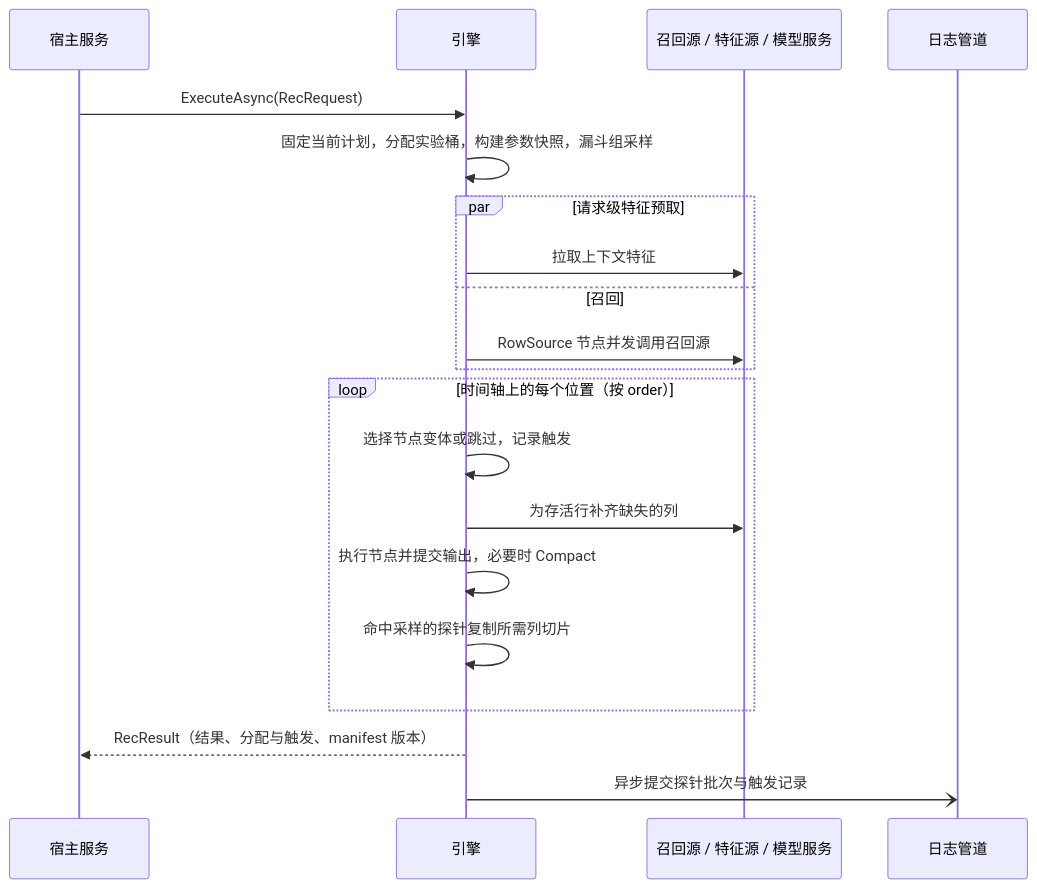
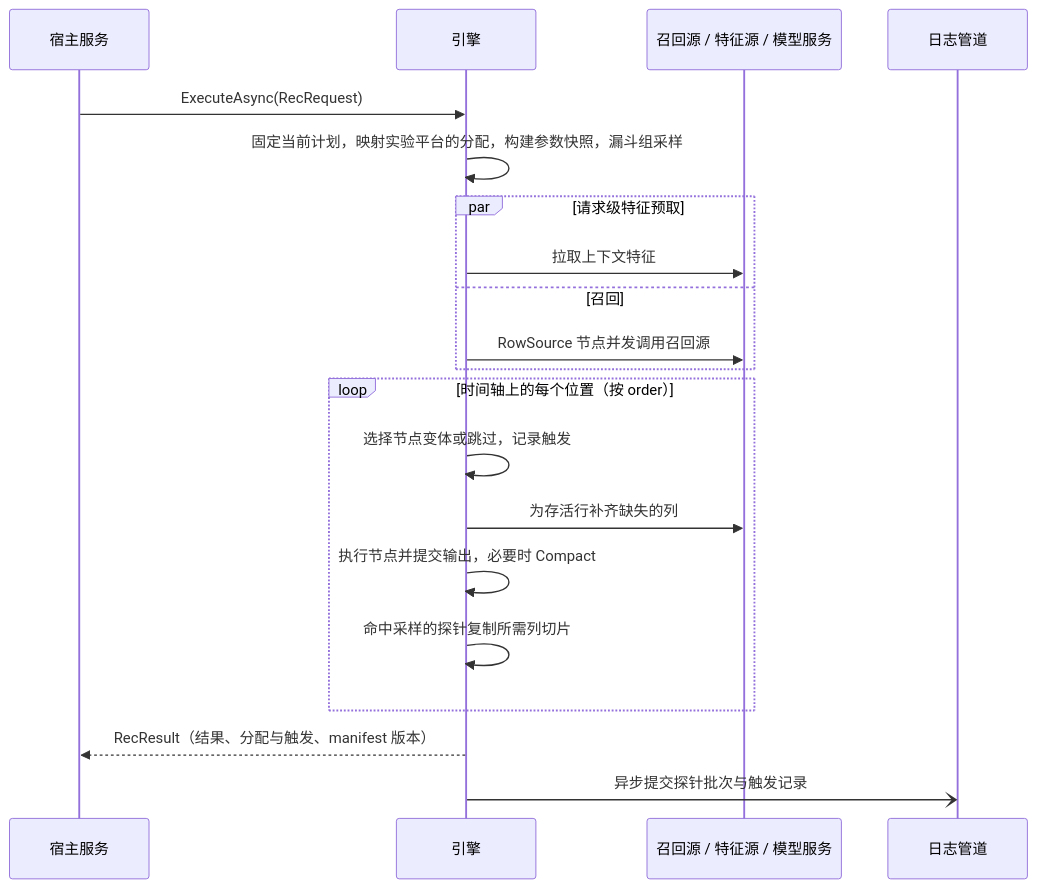
One commit to WAcry/StrataRec changed the second of 7 diagrams in docs/design.md. Above: the diagram before and after it, drawn with Mermaid. The commit also changed other lines of this file, not shown here.

Commit message:
Design: the engine maps the platform's assignment; a null assignment asks the provider, an empty one is the platform's answer (review 18 wording)

````diff
--- a/docs/design.md
+++ b/docs/design.md
@@ -177,23 +177,23 @@
 ```mermaid
 sequenceDiagram
     participant Host as 宿主服务
     participant Engine as 引擎
     participant Sources as 召回源 / 特征源 / 模型服务
     participant Pipe as 日志管道
 
     Host->>Engine: ExecuteAsync(RecRequest)
-    Engine->>Engine: 固定当前计划，分配实验桶，构建参数快照，漏斗组采样
+    Engine->>Engine: 固定当前计划，映射实验平台的分配，构建参数快照，漏斗组采样
     par 请求级特征预取
         Engine->>Sources: 拉取上下文特征
     and 召回
         Engine->>Sources: RowSource 节点并发调用召回源
     end
     loop 时间轴上的每个位置（按 order）
         Engine->>Engine: 选择节点变体或跳过，记录触发
         Engine->>Sources: 为存活行补齐缺失的列
         Engine->>Engine: 执行节点并提交输出，必要时 Compact
         Engine->>Engine: 命中采样的探针复制所需列切片
     end
     Engine-->>Host: RecResult（结果、分配与触发、manifest 版本）
     Engine-)Pipe: 异步提交探针批次与触发记录
 ```
````
